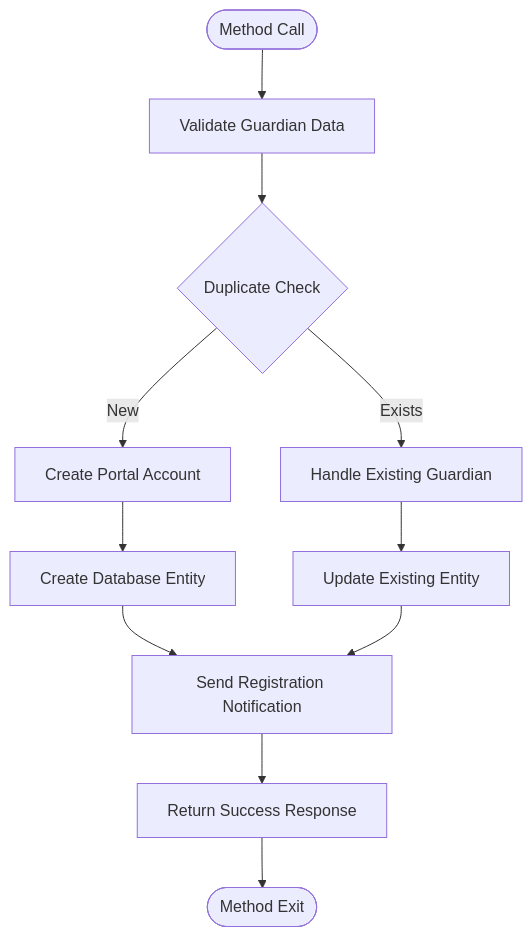
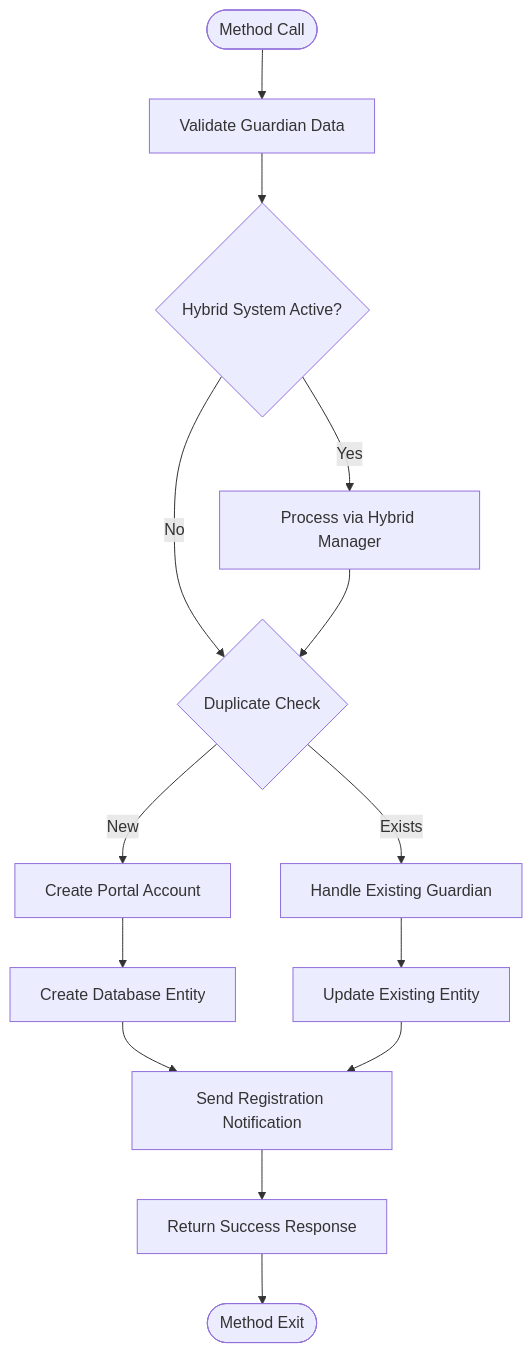
Before and after one commit to franckylab/eLISAschool: the ninth of 13 diagrams in .qoder/repowiki/en/content/Modules & Features/Responsables & Eleves Module.md, drawn with Mermaid. The commit also changed other lines of this file and 33 other files, not shown here.

````diff
--- a/.qoder/repowiki/en/content/Modules & Features/Responsables & Eleves Module.md
+++ b/.qoder/repowiki/en/content/Modules & Features/Responsables & Eleves Module.md
@@ -268,13 +384,16 @@
 ```mermaid
 flowchart TD
 Start([Method Call]) --> ValidateData["Validate Guardian Data"]
-ValidateData --> CheckDuplicate{"Duplicate Check"}
+ValidateData --> CheckHybrid{"Hybrid System Active?"}
+CheckHybrid --> |Yes| HybridProcessing["Process via Hybrid Manager"]
+CheckHybrid --> |No| CheckDuplicate{"Duplicate Check"}
 CheckDuplicate --> |Exists| HandleExisting["Handle Existing Guardian"]
 CheckDuplicate --> |New| CreatePortal["Create Portal Account"]
+HybridProcessing --> CheckDuplicate
 CreatePortal --> CreateEntity["Create Database Entity"]
 HandleExisting --> UpdateEntity["Update Existing Entity"]
 CreateEntity --> SendNotification["Send Registration Notification"]
 UpdateEntity --> SendNotification
 SendNotification --> ReturnResult["Return Success Response"]
 ReturnResult --> End([Method Exit])
 ```
````
